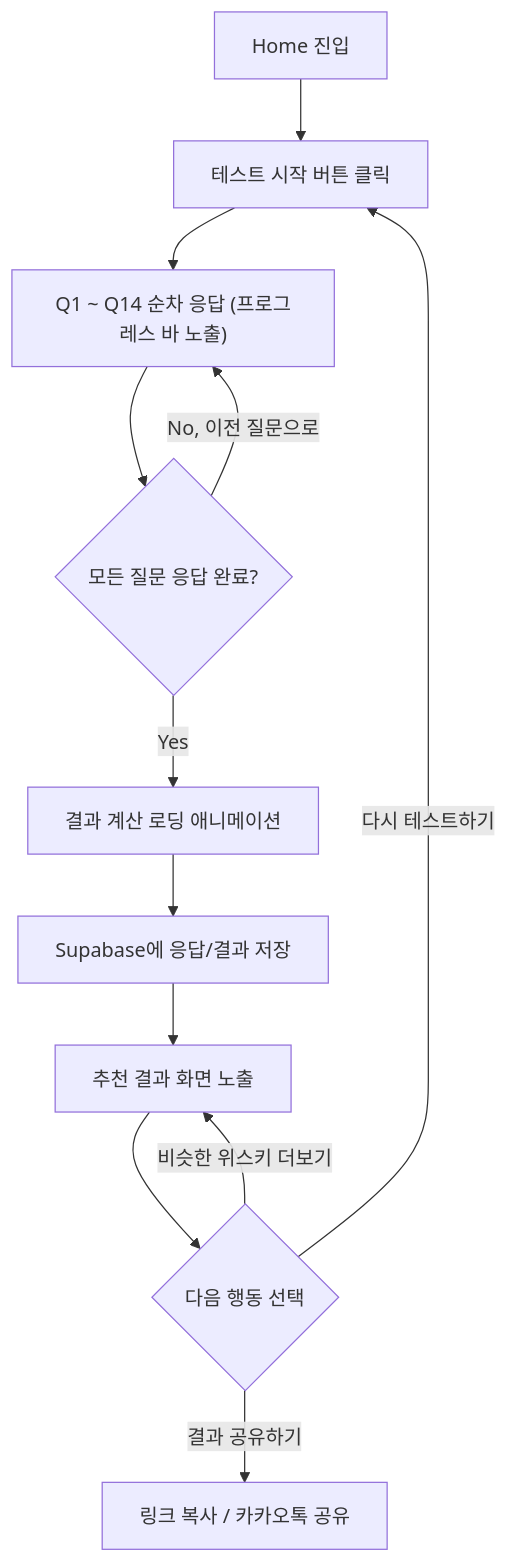
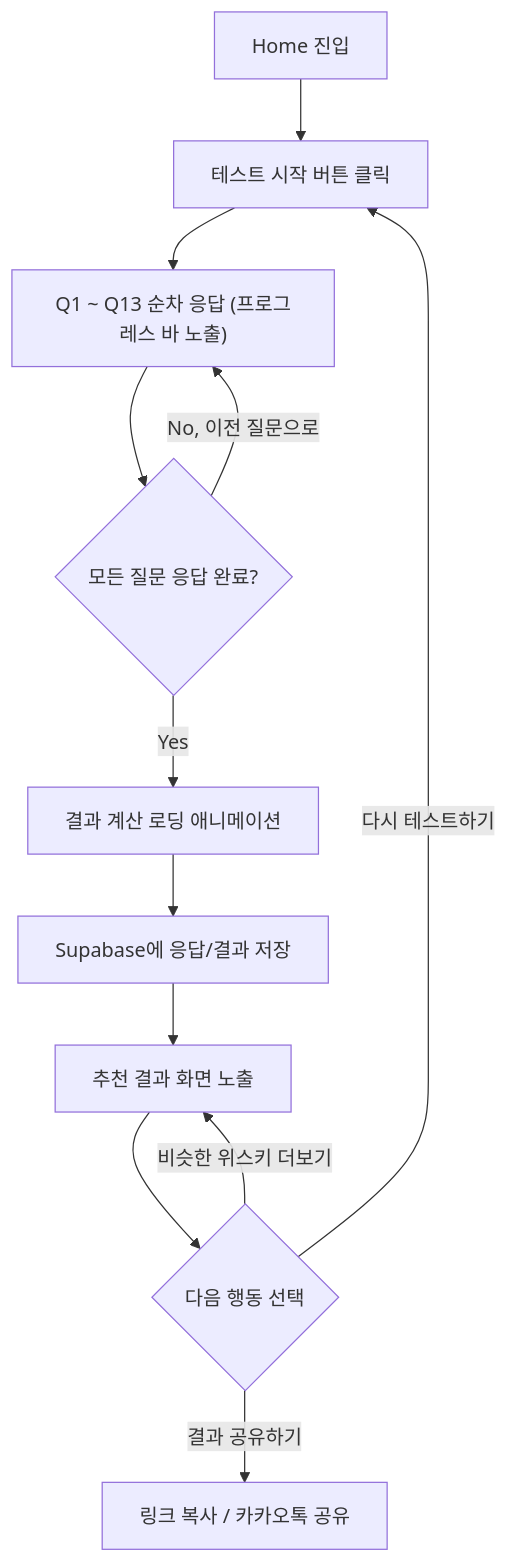
Before and after one commit to JOAYA28/my-whiskey: the first of 2 diagrams in docs/PRD.md, drawn with Mermaid. The commit also changed other lines of this file and 3 other files, not shown here.

````diff
--- a/docs/PRD.md
+++ b/docs/PRD.md
@@ -44,14 +44,14 @@
 ```mermaid
 flowchart TD
     A[Home 진입] --> B[테스트 시작 버튼 클릭]
-    B --> C["Q1 ~ Q14 순차 응답 (프로그레스 바 노출)"]
+    B --> C["Q1 ~ Q13 순차 응답 (프로그레스 바 노출)"]
     C --> D{모든 질문 응답 완료?}
     D -- No, 이전 질문으로 --> C
     D -- Yes --> E[결과 계산 로딩 애니메이션]
     E --> F[Supabase에 응답/결과 저장]
     F --> G[추천 결과 화면 노출]
     G --> H{다음 행동 선택}
     H -- 다시 테스트하기 --> B
     H -- 결과 공유하기 --> I[링크 복사 / 카카오톡 공유]
     H -- 비슷한 위스키 더보기 --> G
 ```
````
